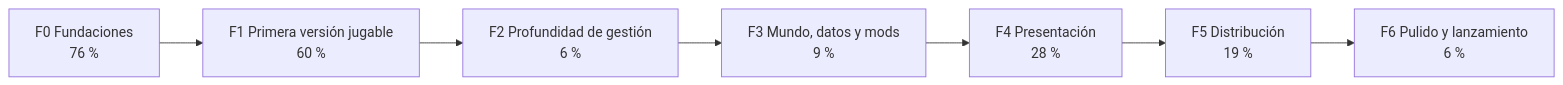
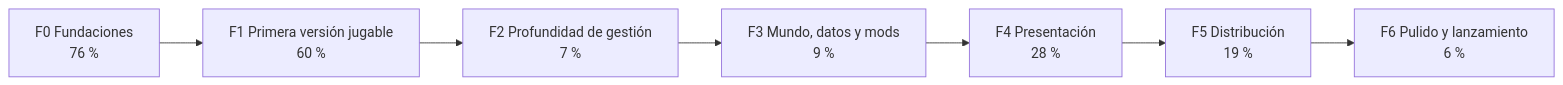
One commit to dariogea/BM27 changed the first of 2 diagrams in README.md. Above: the diagram before and after it, drawn with Mermaid. The commit also changed other lines of this file and 10 other files, not shown here.

````diff
--- a/README.md
+++ b/README.md
@@ -91,11 +91,11 @@
 ```mermaid
 flowchart LR
   F0["F0 Fundaciones<br/>76 %"]
   F1["F1 Primera versión jugable<br/>60 %"]
-  F2["F2 Profundidad de gestión<br/>6 %"]
+  F2["F2 Profundidad de gestión<br/>7 %"]
   F3["F3 Mundo, datos y mods<br/>9 %"]
   F4["F4 Presentación<br/>28 %"]
   F5["F5 Distribución<br/>19 %"]
   F6["F6 Pulido y lanzamiento<br/>6 %"]
   F0 --> F1 --> F2 --> F3 --> F4 --> F5 --> F6
 ```
````
